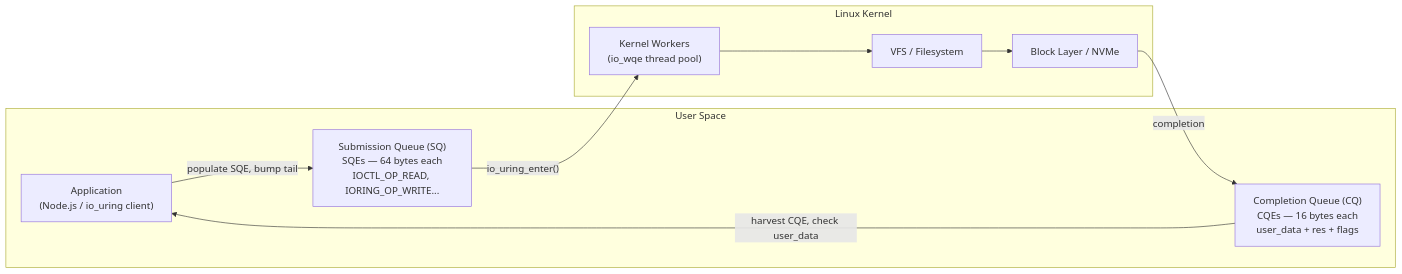
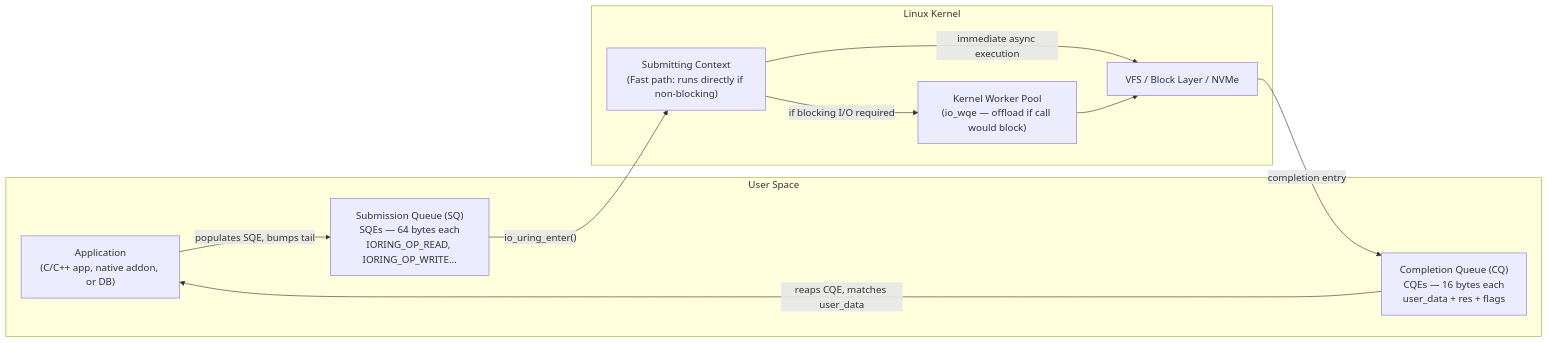
The third of 16 diagrams in Backend-engineering/2-Communication-patterns/2-Async-and-Sync-Execution/1.Async-Sync-Execution.md (Patel-Neel-346/Notes), drawn with Mermaid before and after one commit. The commit also changed other lines of this file, not shown here.

````diff
--- a/Backend-engineering/2-Communication-patterns/2-Async-and-Sync-Execution/1.Async-Sync-Execution.md
+++ b/Backend-engineering/2-Communication-patterns/2-Async-and-Sync-Execution/1.Async-Sync-Execution.md
@@ -220,19 +227,20 @@
 ```mermaid
 flowchart LR
     subgraph UserSpace["User Space"]
-        APP["Application\n(Node.js / io_uring client)"]
-        SQ["Submission Queue (SQ)\nSQEs — 64 bytes each\nIOCTL_OP_READ, IORING_OP_WRITE..."]
+        APP["Application\n(C/C++ app, native addon, or DB)"]
+        SQ["Submission Queue (SQ)\nSQEs — 64 bytes each\nIORING_OP_READ, IORING_OP_WRITE..."]
         CQ["Completion Queue (CQ)\nCQEs — 16 bytes each\nuser_data + res + flags"]
     end
     subgraph Kernel["Linux Kernel"]
-        KW["Kernel Workers\n(io_wqe thread pool)"]
-        FS["VFS / Filesystem"]
-        BLK["Block Layer / NVMe"]
+        CTX["Submitting Context\n(Fast path: runs directly if non-blocking)"]
+        KW["Kernel Worker Pool\n(io_wqe — offload if call would block)"]
+        FS["VFS / Block Layer / NVMe"]
     end
 
-    APP -->|"populate SQE, bump tail"| SQ
-    SQ -->|"io_uring_enter()"| KW
-    KW --> FS --> BLK
-    BLK -->|"completion"| CQ
-    CQ -->|"harvest CQE, check user_data"| APP
+    APP -->|"populates SQE, bumps tail"| SQ
+    SQ -->|"io_uring_enter()"| CTX
+    CTX -->|"immediate async execution"| FS
+    CTX -->|"if blocking I/O required"| KW --> FS
+    FS -->|"completion entry"| CQ
+    CQ -->|"reaps CQE, matches user_data"| APP
 ```
````
